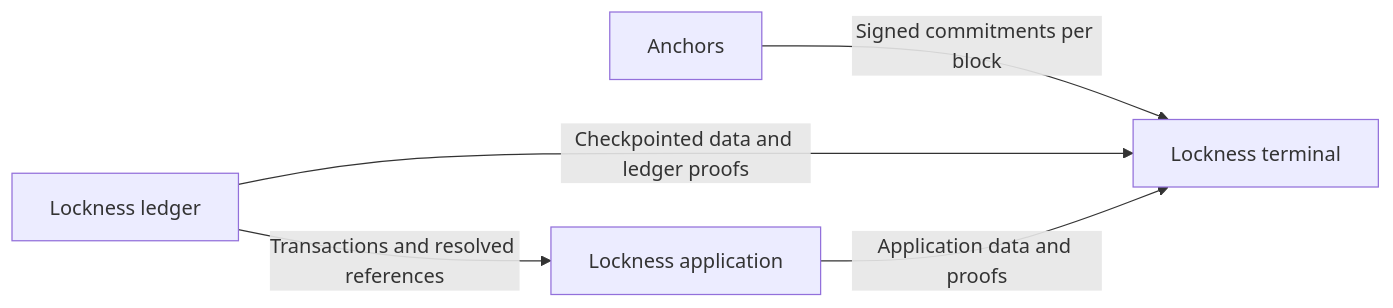
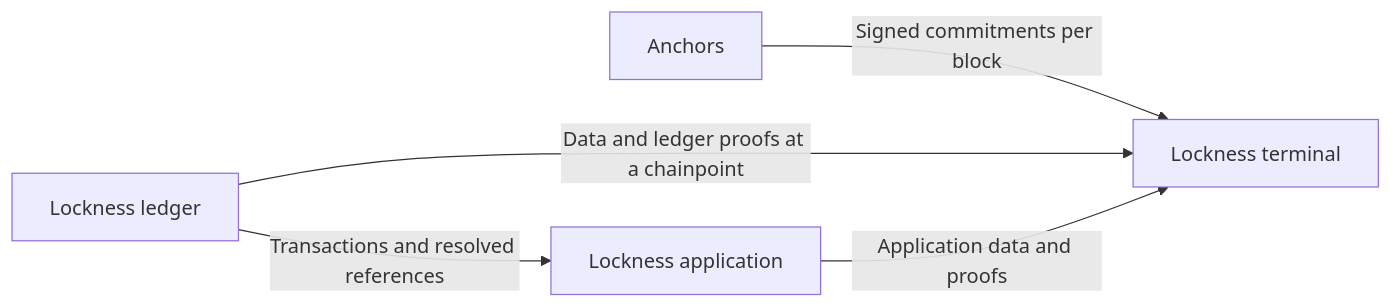
Before and after one commit to lambdasistemi/lockness: the diagram in README.md, drawn with Mermaid. The commit also changed other lines of this file and 17 other files, not shown here.

Commit message:
docs: center anchored data and standardize chainpoint terminology (#1)

````diff
--- a/README.md
+++ b/README.md
@@ -16,7 +24,7 @@
 ```mermaid
 flowchart LR
     P[Anchors] -->|Signed commitments per block| C[Lockness terminal]
-    L[Lockness ledger] -->|Checkpointed data and ledger proofs| C
+    L[Lockness ledger] -->|Data and ledger proofs at a chainpoint| C
     L -->|Transactions and resolved references| A[Lockness application]
     A -->|Application data and proofs| C
 ```
````
